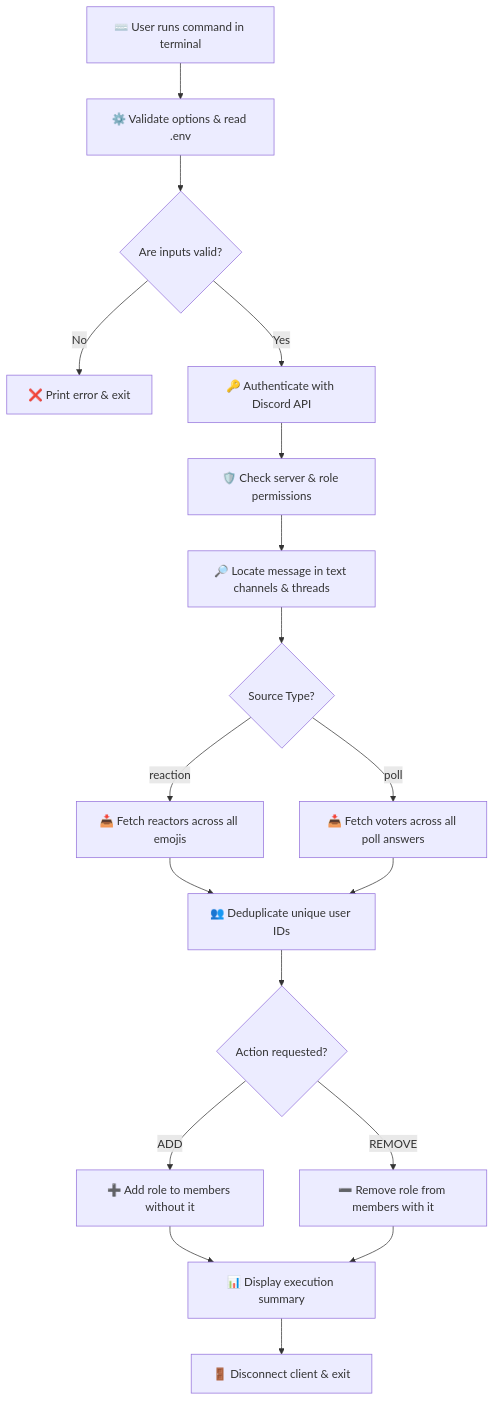
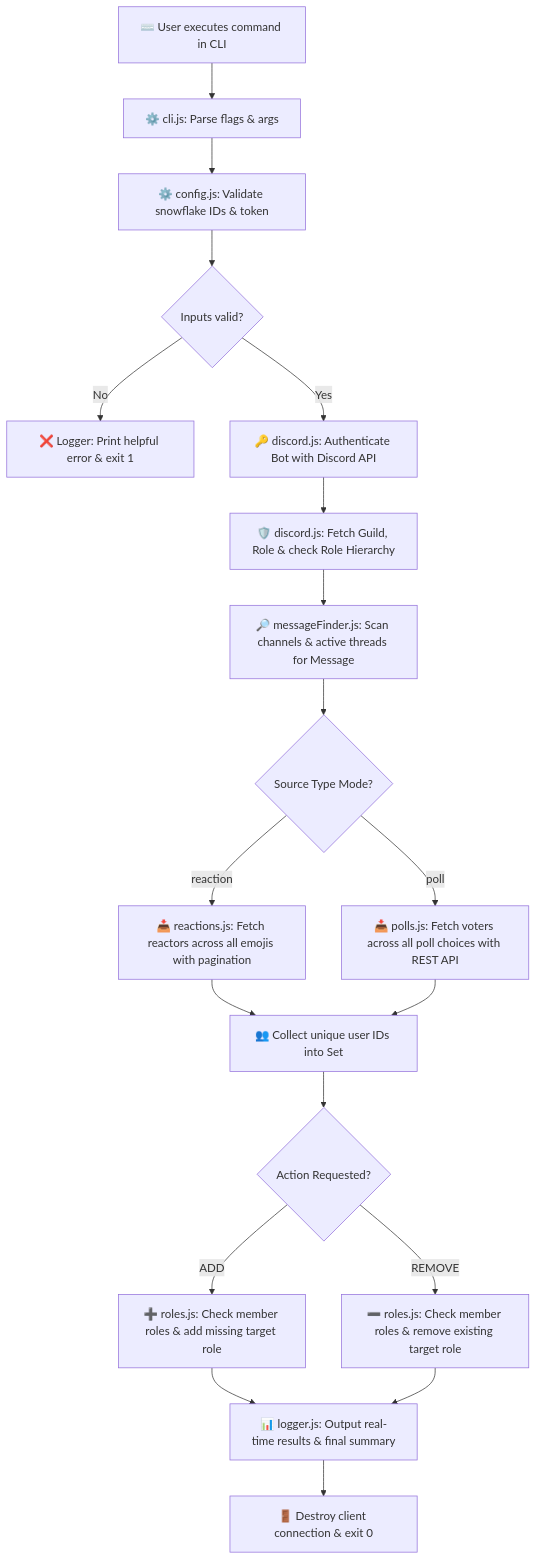
The diagram in README.md (ayoabimbola16-oss/discord-reaction-role-manager), drawn with Mermaid before and after one commit. The commit also changed other lines of this file, not shown here.

````diff
--- a/README.md
+++ b/README.md
@@ -70,20 +82,21 @@
 ```mermaid
 flowchart TD
-    A[⌨️ User runs command in terminal] --> B[⚙️ Validate options & read .env]
-    B --> C{Are inputs valid?}
-    C -- No --> D[❌ Print error & exit]
-    C -- Yes --> E[🔑 Authenticate with Discord API]
-    E --> F[🛡️ Check server & role permissions]
-    F --> G[🔎 Locate message in text channels & threads]
-    G --> H{Source Type?}
-    H -- reaction --> I[📥 Fetch reactors across all emojis]
-    H -- poll --> J[📥 Fetch voters across all poll answers]
-    I --> K[👥 Deduplicate unique user IDs]
-    J --> K
-    K --> L{Action requested?}
-    L -- ADD --> M[➕ Add role to members without it]
-    L -- REMOVE --> N[➖ Remove role from members with it]
-    M --> O[📊 Display execution summary]
-    N --> O
-    O --> P[🚪 Disconnect client & exit]
+    A[⌨️ User executes command in CLI] --> B[⚙️ cli.js: Parse flags & args]
+    B --> C[⚙️ config.js: Validate snowflake IDs & token]
+    C --> D{Inputs valid?}
+    D -- No --> E[❌ Logger: Print helpful error & exit 1]
+    D -- Yes --> F[🔑 discord.js: Authenticate Bot with Discord API]
+    F --> G[🛡️ discord.js: Fetch Guild, Role & check Role Hierarchy]
+    G --> H[🔎 messageFinder.js: Scan channels & active threads for Message]
+    H --> I{Source Type Mode?}
+    I -- reaction --> J[📥 reactions.js: Fetch reactors across all emojis with pagination]
+    I -- poll --> K[📥 polls.js: Fetch voters across all poll choices with REST API]
+    J --> L[👥 Collect unique user IDs into Set]
+    K --> L
+    L --> M{Action Requested?}
+    M -- ADD --> N[➕ roles.js: Check member roles & add missing target role]
+    M -- REMOVE --> O[➖ roles.js: Check member roles & remove existing target role]
+    N --> P[📊 logger.js: Output real-time results & final summary]
+    O --> P
+    P --> Q[🚪 Destroy client connection & exit 0]
 ```
````
